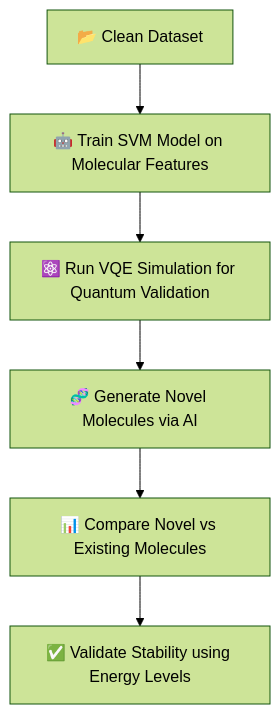
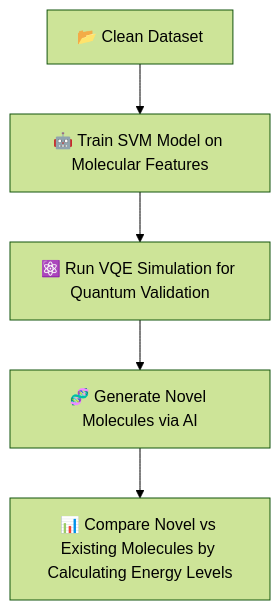
Before and after one commit to adityasunke/QureAI: the diagram in README.md, drawn with Mermaid (forest theme). The commit also changed other lines of this file, not shown here.

````diff
--- a/README.md
+++ b/README.md
@@ -73,8 +73,7 @@
 ```mermaid
 flowchart TD
     A[📂 Clean Dataset] --> B[🤖 Train SVM Model on Molecular Features]
     B --> C[⚛️ Run VQE Simulation for Quantum Validation]
     C --> D[🧬 Generate Novel Molecules via AI]
-    D --> E[📊 Compare Novel vs Existing Molecules]
-    E --> F[✅ Validate Stability using Energy Levels]
+    D --> E[📊 Compare Novel vs Existing Molecules by Calculating Energy Levels]
 ```
````
